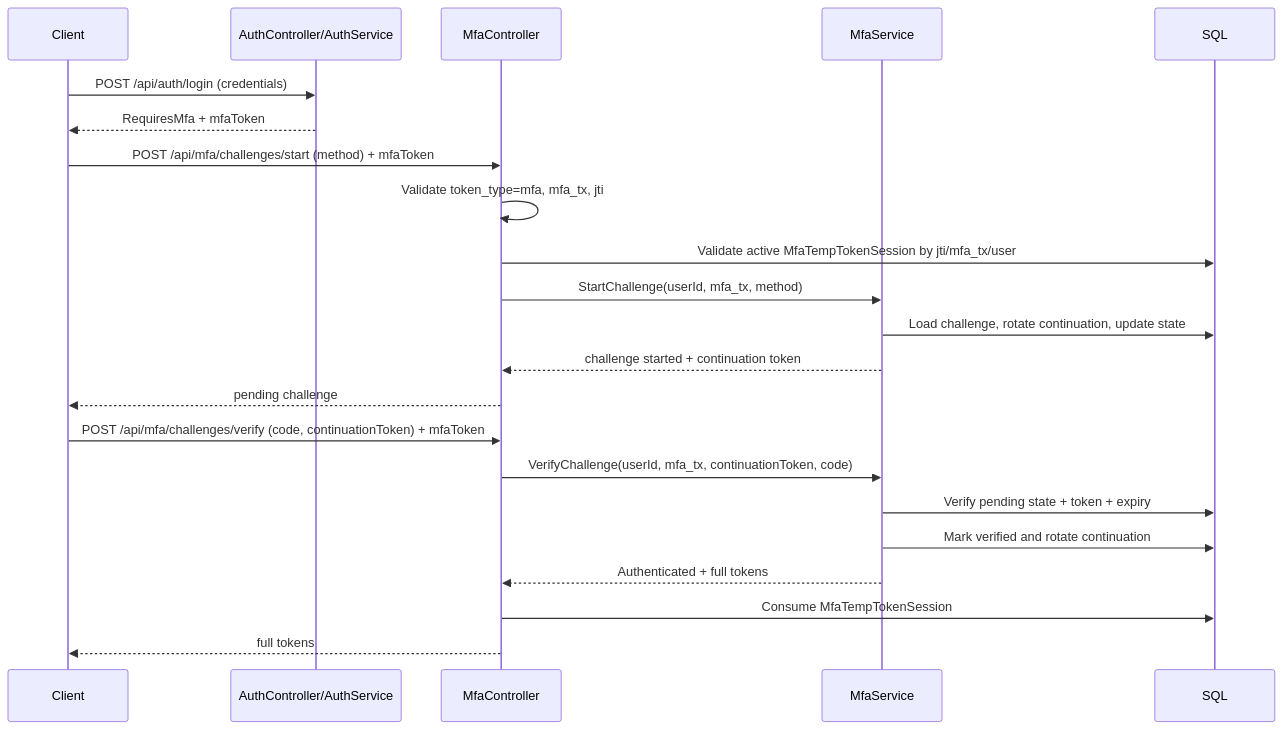
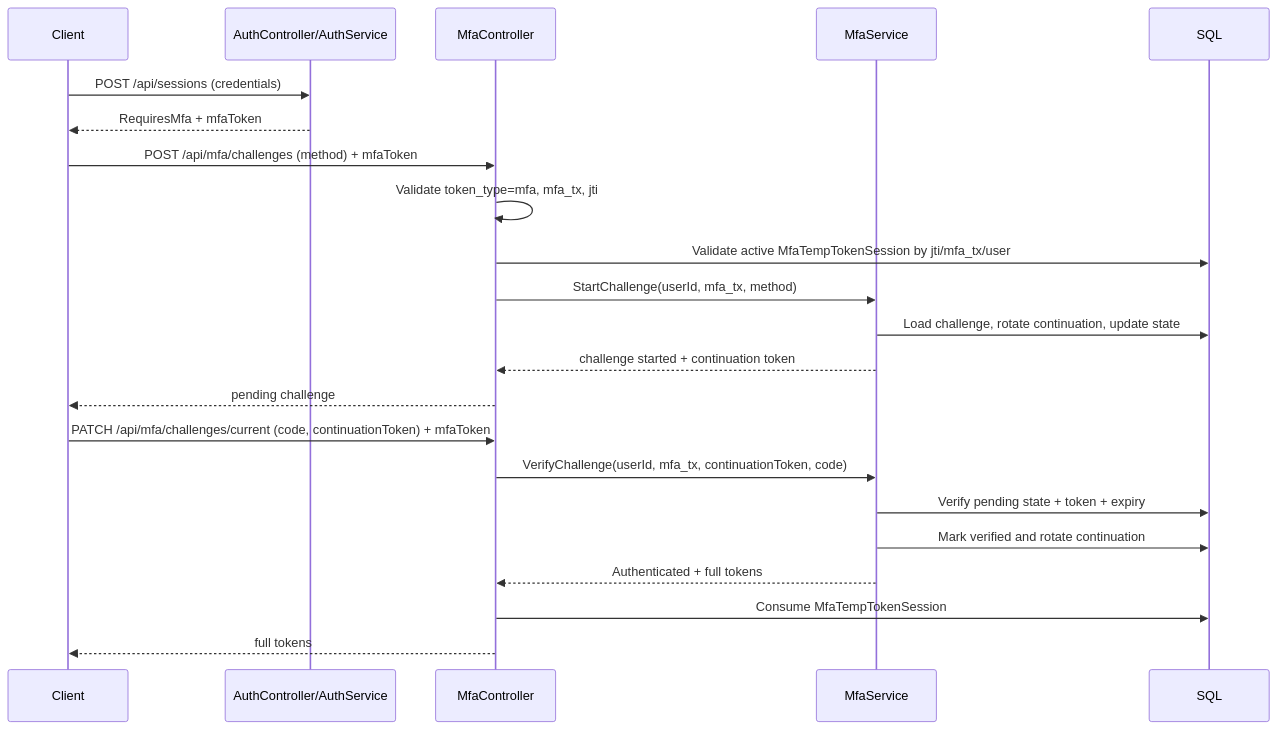
One commit to davidrosas0192-cmd/Authentication.MFA changed the second of 4 diagrams in Docs/FINAL_BACKEND_TECHNICAL_DOCUMENTATION.md. Above: the diagram before and after it, drawn with Mermaid. The commit also changed other lines of this file and 6 other files, not shown here.

````diff
--- a/Docs/FINAL_BACKEND_TECHNICAL_DOCUMENTATION.md
+++ b/Docs/FINAL_BACKEND_TECHNICAL_DOCUMENTATION.md
@@ -208,27 +202,27 @@
 ```mermaid
 sequenceDiagram
     participant Client
     participant Auth as AuthController/AuthService
     participant MfaC as MfaController
     participant MfaS as MfaService
     participant DB as SQL
 
-    Client->>Auth: POST /api/auth/login (credentials)
+    Client->>Auth: POST /api/sessions (credentials)
     Auth-->>Client: RequiresMfa + mfaToken
 
-    Client->>MfaC: POST /api/mfa/challenges/start (method) + mfaToken
+    Client->>MfaC: POST /api/mfa/challenges (method) + mfaToken
     MfaC->>MfaC: Validate token_type=mfa, mfa_tx, jti
     MfaC->>DB: Validate active MfaTempTokenSession by jti/mfa_tx/user
     MfaC->>MfaS: StartChallenge(userId, mfa_tx, method)
     MfaS->>DB: Load challenge, rotate continuation, update state
     MfaS-->>MfaC: challenge started + continuation token
     MfaC-->>Client: pending challenge
 
-    Client->>MfaC: POST /api/mfa/challenges/verify (code, continuationToken) + mfaToken
+    Client->>MfaC: PATCH /api/mfa/challenges/current (code, continuationToken) + mfaToken
     MfaC->>MfaS: VerifyChallenge(userId, mfa_tx, continuationToken, code)
     MfaS->>DB: Verify pending state + token + expiry
     MfaS->>DB: Mark verified and rotate continuation
     MfaS-->>MfaC: Authenticated + full tokens
     MfaC->>DB: Consume MfaTempTokenSession
     MfaC-->>Client: full tokens
 ```
````
